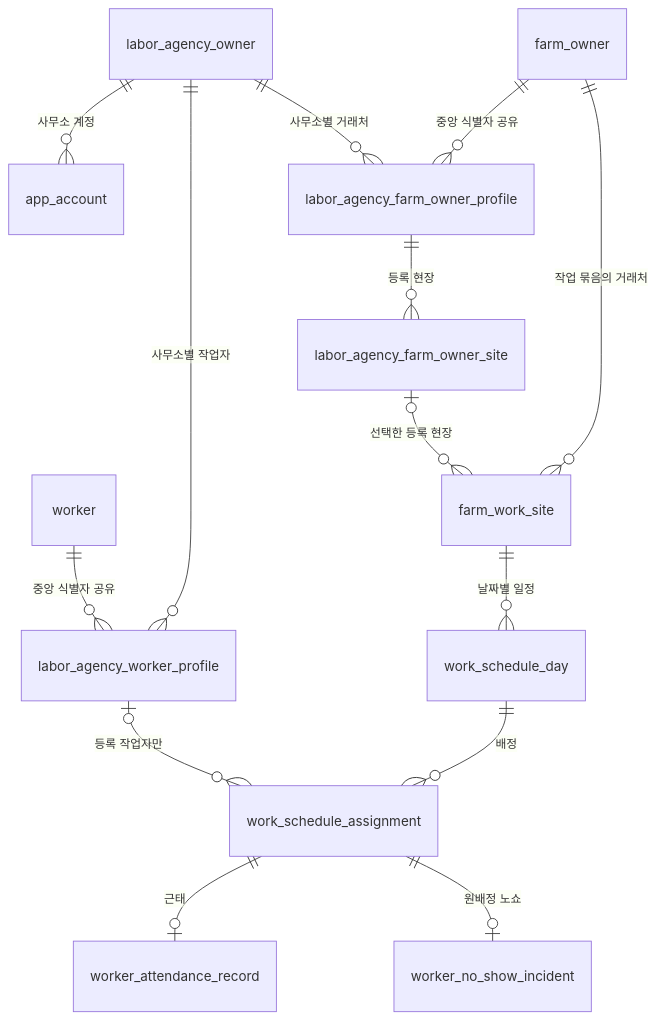
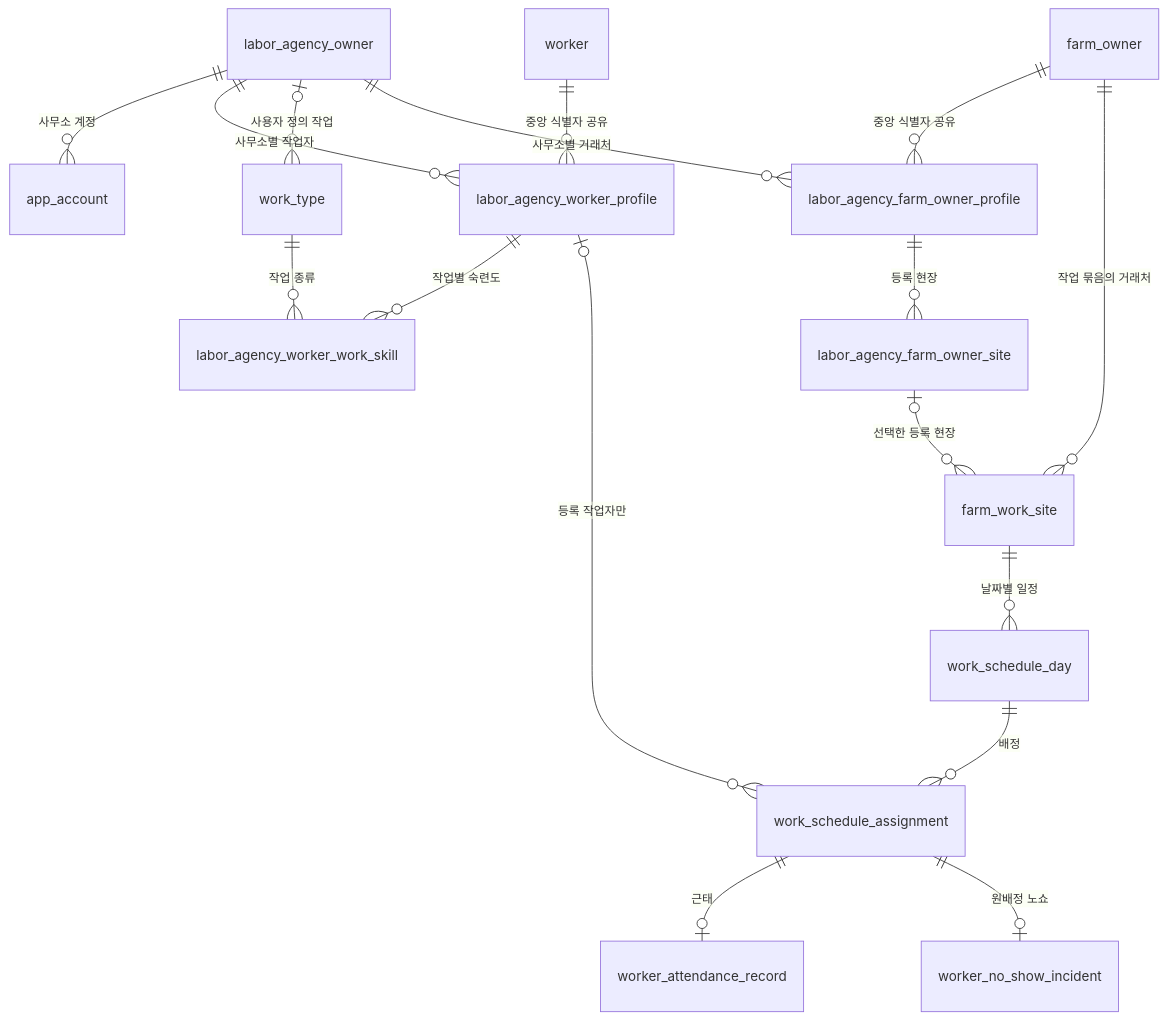
One commit to LunaMercury/LaborFlow changed the diagram in docs/database/README.md. Above: the diagram before and after it, drawn with Mermaid. The commit also changed other lines of this file and 21 other files, not shown here.

````diff
--- a/docs/database/README.md
+++ b/docs/database/README.md
@@ -34,16 +34,19 @@
 ```mermaid
 erDiagram
     labor_agency_owner ||--o{ app_account : "사무소 계정"
     labor_agency_owner ||--o{ labor_agency_worker_profile : "사무소별 작업자"
+    labor_agency_owner o|--o{ work_type : "사용자 정의 작업"
     worker ||--o{ labor_agency_worker_profile : "중앙 식별자 공유"
+    labor_agency_worker_profile ||--o{ labor_agency_worker_work_skill : "작업별 숙련도"
+    work_type ||--o{ labor_agency_worker_work_skill : "작업 종류"
     labor_agency_owner ||--o{ labor_agency_farm_owner_profile : "사무소별 거래처"
     farm_owner ||--o{ labor_agency_farm_owner_profile : "중앙 식별자 공유"
     labor_agency_farm_owner_profile ||--o{ labor_agency_farm_owner_site : "등록 현장"
     farm_owner ||--o{ farm_work_site : "작업 묶음의 거래처"
     labor_agency_farm_owner_site o|--o{ farm_work_site : "선택한 등록 현장"
     farm_work_site ||--o{ work_schedule_day : "날짜별 일정"
     work_schedule_day ||--o{ work_schedule_assignment : "배정"
     labor_agency_worker_profile o|--o{ work_schedule_assignment : "등록 작업자만"
     work_schedule_assignment ||--o| worker_attendance_record : "근태"
     work_schedule_assignment ||--o| worker_no_show_incident : "원배정 노쇼"
 ```
````
